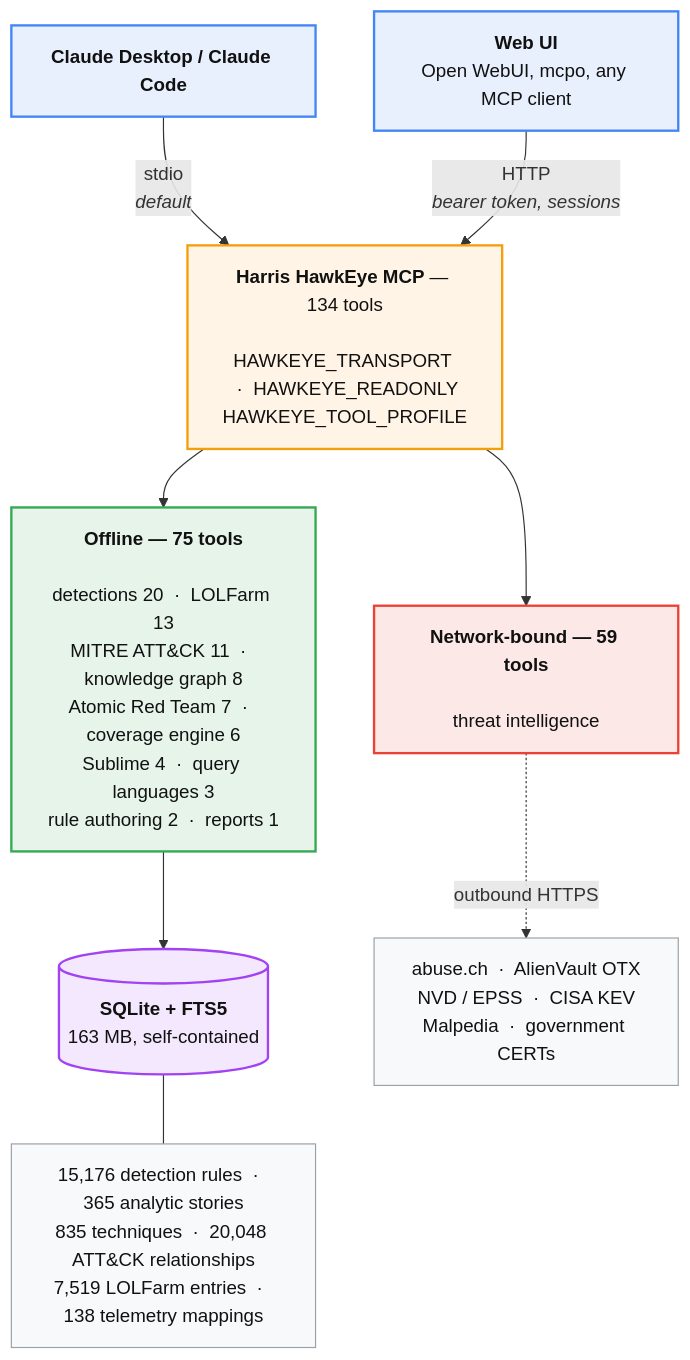
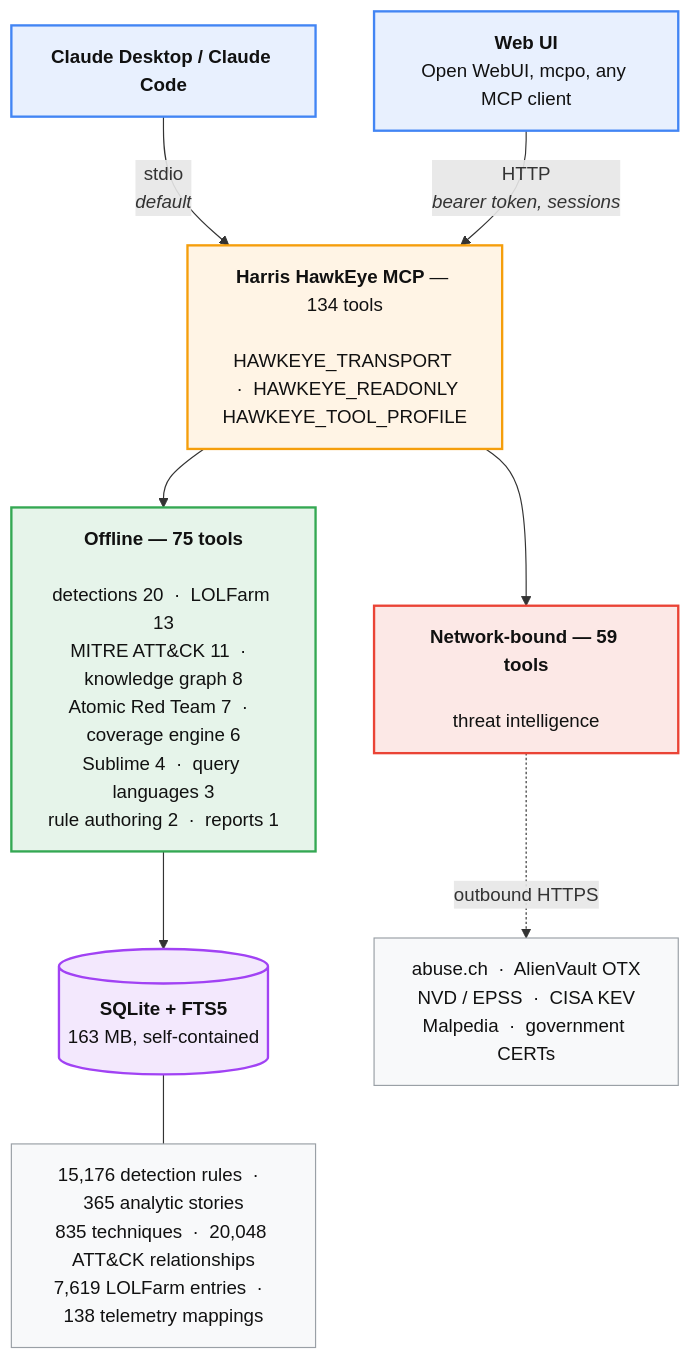
Before and after one commit to legionultramax/Detection-Engineering-MCP: the first of 2 diagrams in README.md, drawn with Mermaid. The commit also changed other lines of this file and 7 other files, not shown here.

````diff
--- a/README.md
+++ b/README.md
@@ -39,36 +39,36 @@
 ```mermaid
 flowchart TB
     CD["<b>Claude Desktop / Claude Code</b>"]
     WEB["<b>Web UI</b><br/>Open WebUI, mcpo, any MCP client"]
 
     CD -- "stdio<br/><i>default</i>" --> SRV
     WEB -- "HTTP<br/><i>bearer token, sessions</i>" --> SRV
 
     SRV["<b>Harris HawkEye MCP</b> — 134 tools<br/><br/>HAWKEYE_TRANSPORT &nbsp;·&nbsp; HAWKEYE_READONLY<br/>HAWKEYE_TOOL_PROFILE"]
 
     SRV --> LOCAL
     SRV --> NET
 
     LOCAL["<b>Offline — 75 tools</b><br/><br/>detections 20 &nbsp;·&nbsp; LOLFarm 13<br/>MITRE ATT&amp;CK 11 &nbsp;·&nbsp; knowledge graph 8<br/>Atomic Red Team 7 &nbsp;·&nbsp; coverage engine 6<br/>Sublime 4 &nbsp;·&nbsp; query languages 3<br/>rule authoring 2 &nbsp;·&nbsp; reports 1"]
 
     NET["<b>Network-bound — 59 tools</b><br/><br/>threat intelligence"]
 
     LOCAL --> DB[("<b>SQLite + FTS5</b><br/>163 MB, self-contained")]
     NET -. "outbound HTTPS" .-> EXT["abuse.ch &nbsp;·&nbsp; AlienVault OTX<br/>NVD / EPSS &nbsp;·&nbsp; CISA KEV<br/>Malpedia &nbsp;·&nbsp; government CERTs"]
 
-    DB --- CONTENT["15,176 detection rules &nbsp;·&nbsp; 365 analytic stories<br/>835 techniques &nbsp;·&nbsp; 20,048 ATT&amp;CK relationships<br/>7,519 LOLFarm entries &nbsp;·&nbsp; 138 telemetry mappings"]
+    DB --- CONTENT["15,176 detection rules &nbsp;·&nbsp; 365 analytic stories<br/>835 techniques &nbsp;·&nbsp; 20,048 ATT&amp;CK relationships<br/>7,619 LOLFarm entries &nbsp;·&nbsp; 138 telemetry mappings"]
 
     classDef client fill:#e8f0fe,stroke:#4285f4,stroke-width:2px,color:#111
     classDef core fill:#fff4e5,stroke:#f59e0b,stroke-width:2px,color:#111
     classDef offline fill:#e6f4ea,stroke:#34a853,stroke-width:2px,color:#111
     classDef online fill:#fce8e6,stroke:#ea4335,stroke-width:2px,color:#111
     classDef store fill:#f3e8fd,stroke:#a142f4,stroke-width:2px,color:#111
     classDef plain fill:#f8f9fa,stroke:#9aa0a6,stroke-width:1px,color:#111
 
     class CD,WEB client
     class SRV core
     class LOCAL offline
     class NET online
     class DB store
     class EXT,CONTENT plain
 ```
````
